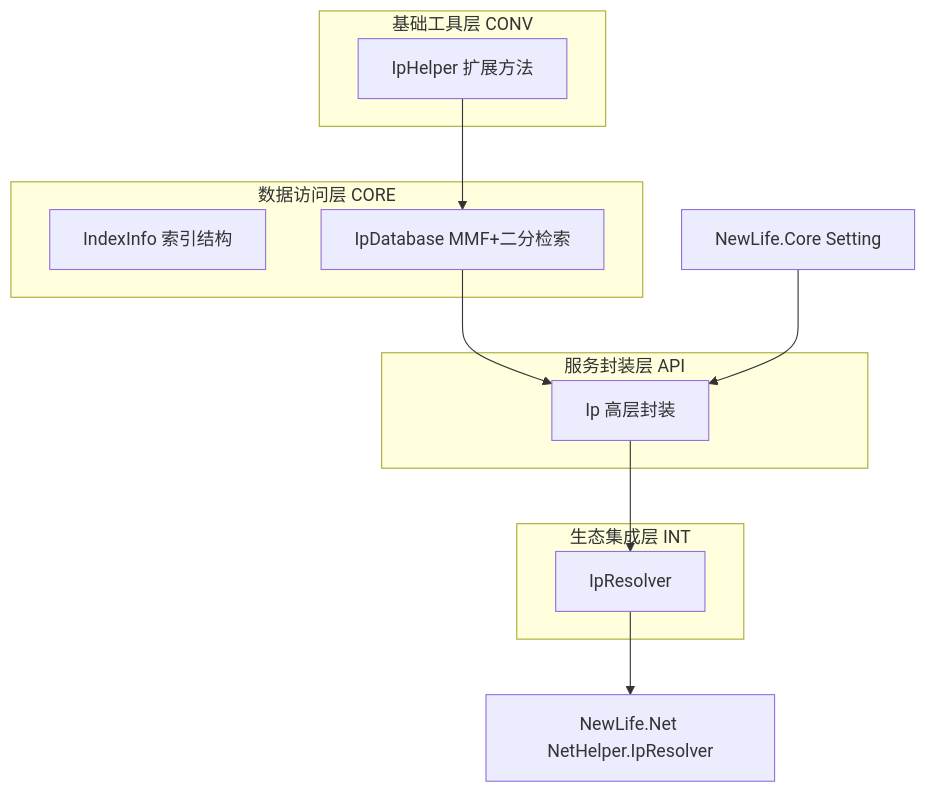
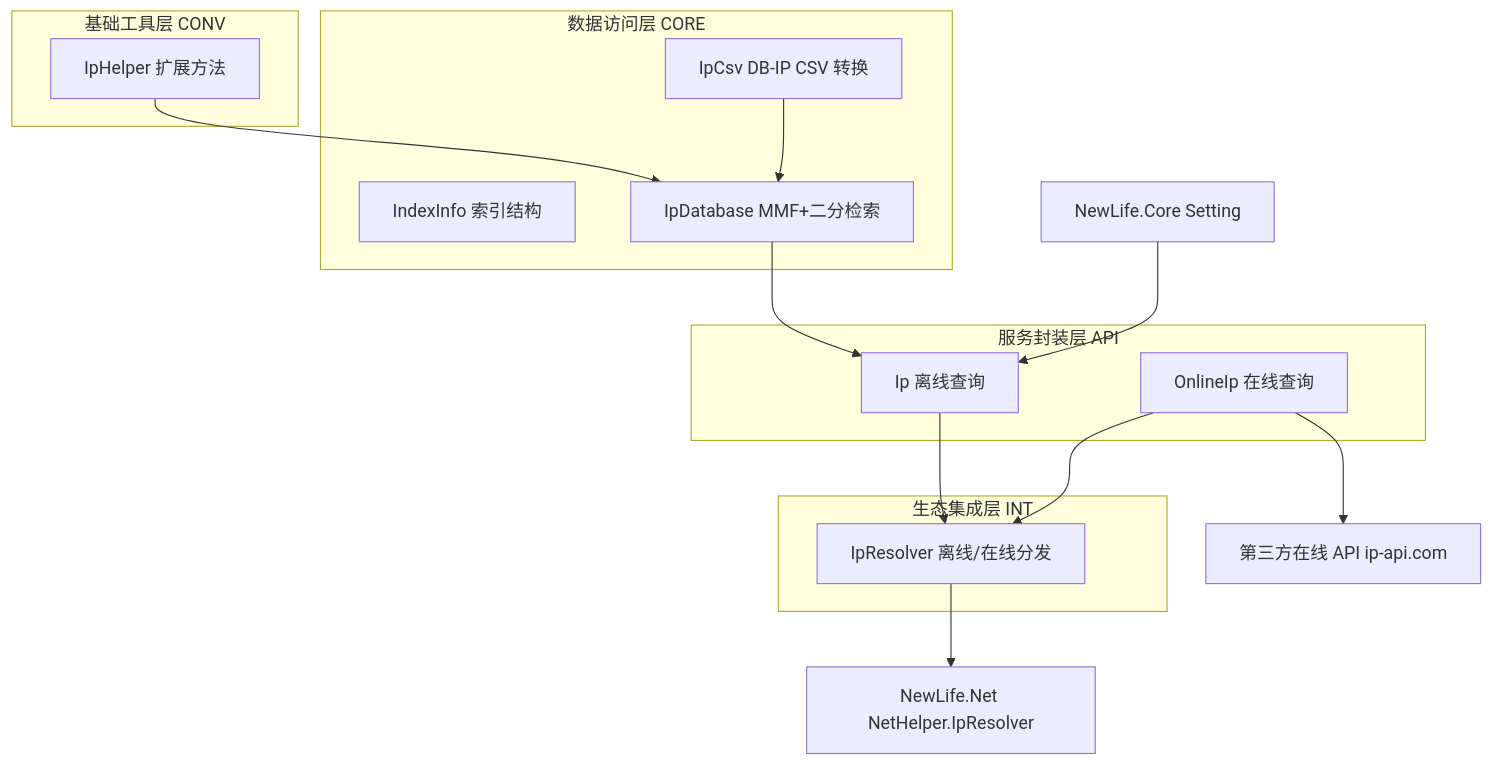
The first of 4 diagrams in Doc/架构设计.md (NewLifeX/NewLife.IP), drawn with Mermaid before and after one commit. The commit also changed other lines of this file and 9 other files, not shown here.

````diff
--- a/Doc/架构设计.md
+++ b/Doc/架构设计.md
@@ -10,21 +10,26 @@
 ```mermaid
 flowchart TB
     subgraph CONV[基础工具层 CONV]
         IpHelper[IpHelper 扩展方法]
     end
     subgraph CORE[数据访问层 CORE]
         IndexInfo[IndexInfo 索引结构]
         IpDatabase[IpDatabase MMF+二分检索]
+        IpCsv[IpCsv DB-IP CSV 转换]
     end
     subgraph API[服务封装层 API]
-        Ip[Ip 高层封装]
+        Ip[Ip 离线查询]
+        OnlineIp[OnlineIp 在线查询]
     end
     subgraph INT[生态集成层 INT]
-        IpResolver[IpResolver]
+        IpResolver[IpResolver 离线/在线分发]
     end
     IpHelper --> IpDatabase
     IpDatabase --> Ip
+    IpCsv --> IpDatabase
+    OnlineIp --> Web[第三方在线 API ip-api.com]
     Ip --> IpResolver
+    OnlineIp --> IpResolver
     IpResolver --> NetHelper[NewLife.Net NetHelper.IpResolver]
     Setting[NewLife.Core Setting] --> Ip
 ```
````
